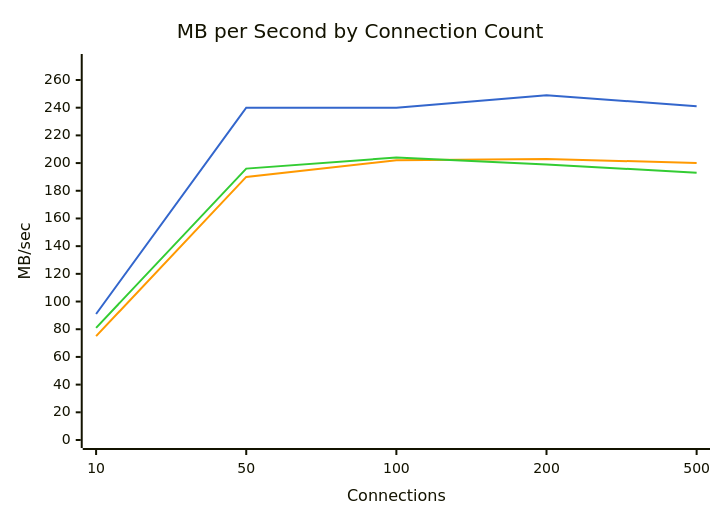
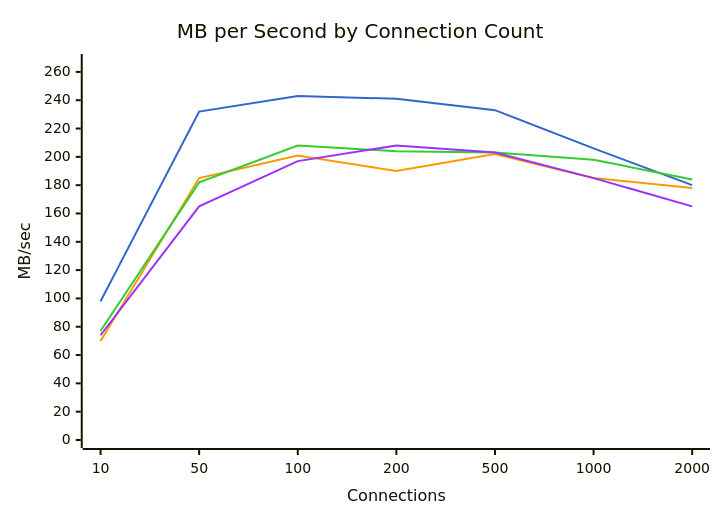
One commit to youyuanwu/bypass-misc changed the second of 6 diagrams in docs/Bench/Azure/Standard_D2s_v5.md. Above: the diagram before and after it, drawn with Mermaid. The commit also changed other lines of this file and 15 other files, not shown here.

````diff
--- a/docs/Bench/Azure/Standard_D2s_v5.md
+++ b/docs/Bench/Azure/Standard_D2s_v5.md
@@ -48,15 +62,16 @@
 ```mermaid
 ---
 config:
     themeVariables:
         xyChart:
-            plotColorPalette: "#3366cc, #ff9900, #33cc33"
+            plotColorPalette: "#3366cc, #ff9900, #33cc33, #9933ff"
 ---
 xychart-beta
     title "MB per Second by Connection Count"
-    x-axis "Connections" [10, 50, 100, 200, 500]
-    y-axis "MB/sec" 0 --> 273
-    line "dpdk" [91, 240, 240, 249, 241]
-    line "tokio" [75, 190, 202, 203, 200]
-    line "tokio-local" [81, 196, 204, 199, 193]
+    x-axis "Connections" [10, 50, 100, 200, 500, 1000, 2000]
+    y-axis "MB/sec" 0 --> 267
+    line "dpdk" [98, 232, 243, 241, 233, 206, 180]
+    line "tokio" [70, 185, 201, 190, 202, 185, 178]
+    line "tokio-local" [77, 182, 208, 204, 203, 198, 184]
+    line "kimojio" [74, 165, 197, 208, 203, 185, 165]
 ```
````
